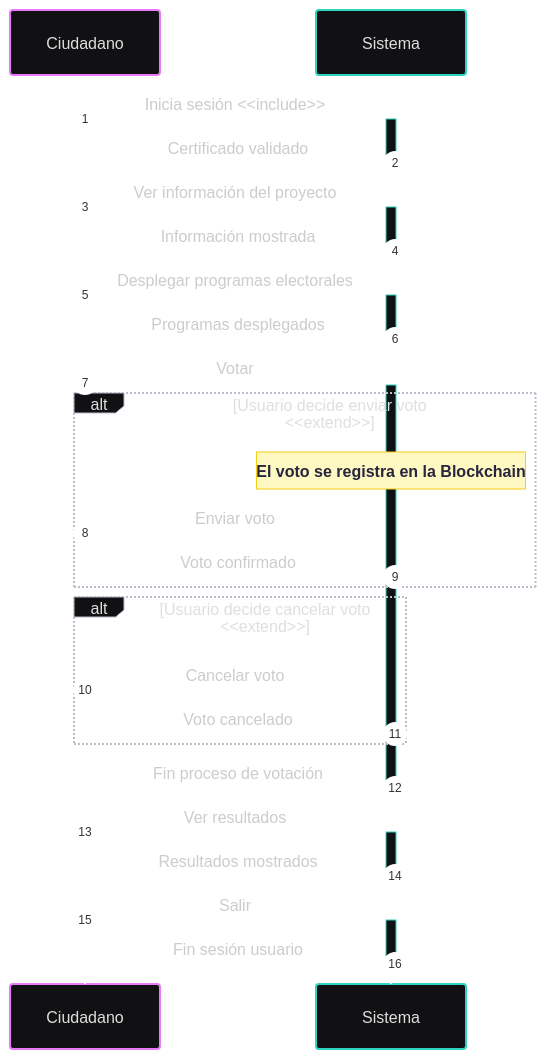
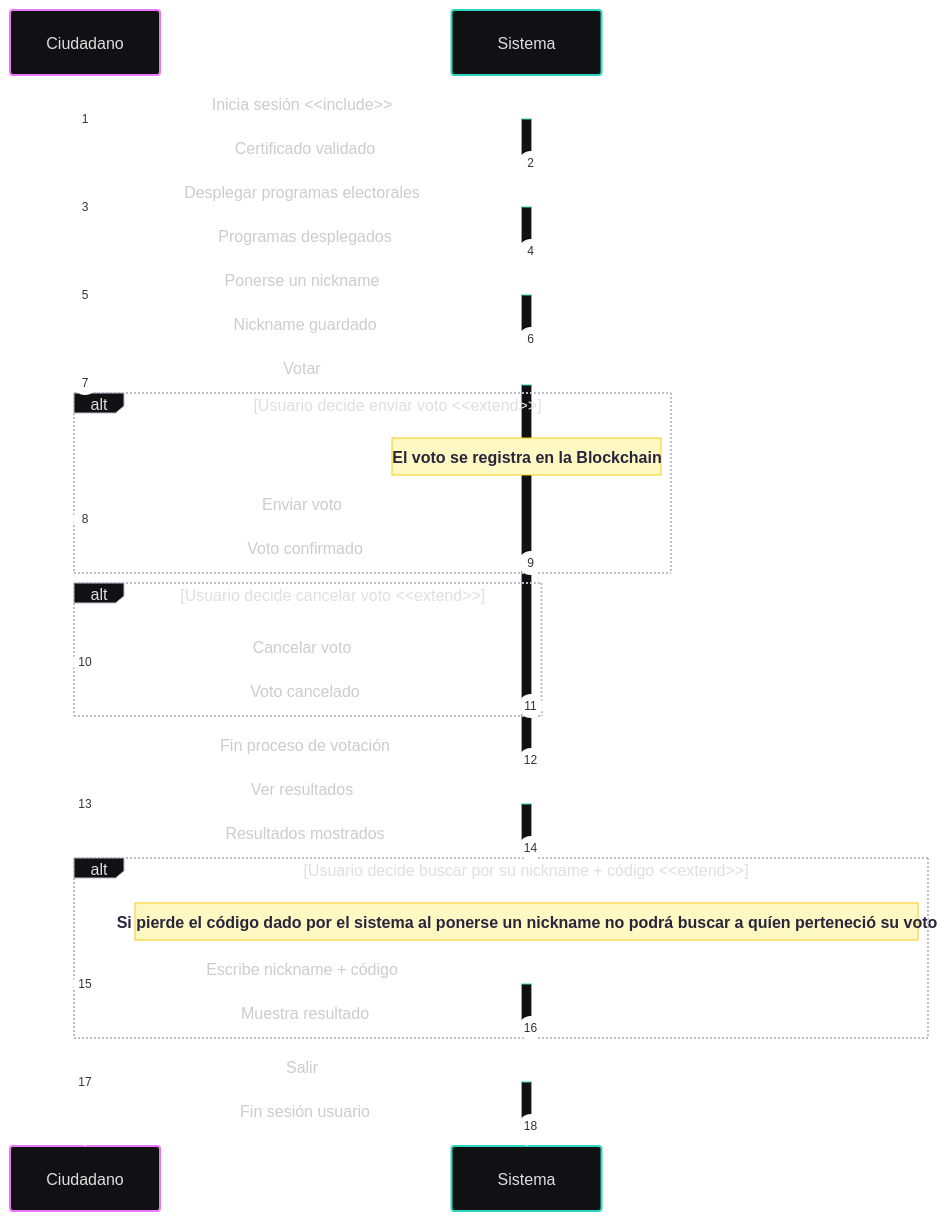
One commit to OnyxVariables/AGORA changed the second of 3 diagrams in docs/Diagrama_Sequencia.md. Above: the diagram before and after it, drawn with Mermaid. The commit also changed other lines of this file and 2 other files, not shown here.

Commit message:
Add two use of case (Poner nickname y buscar voto) and update the others diagrams

````diff
--- a/docs/Diagrama_Sequencia.md
+++ b/docs/Diagrama_Sequencia.md
@@ -122,38 +129,45 @@
 ```mermaid
 ---
 config:
   theme: redux-dark-color
 ---
 sequenceDiagram
     autonumber
 
     %% Flujo Ciudadano
     Ciudadano->>+Sistema: Inicia sesión <<include>>
     Sistema-->>-Ciudadano: Certificado validado
 
-    Ciudadano->>+Sistema: Ver información del proyecto
-    Sistema-->>-Ciudadano: Información mostrada
-
     Ciudadano->>+Sistema: Desplegar programas electorales
     Sistema-->>-Ciudadano: Programas desplegados
+
+    Ciudadano->>+Sistema: Ponerse un nickname
+    Sistema-->>-Ciudadano: Nickname guardado
 
     Ciudadano->>+Sistema: Votar
 
     alt Usuario decide enviar voto <<extend>>
         Note over Sistema: El voto se registra en la Blockchain
         Ciudadano->>Sistema: Enviar voto
         Sistema-->>Ciudadano: Voto confirmado
     end
 
     alt Usuario decide cancelar voto <<extend>>
         Ciudadano->>Sistema: Cancelar voto
         Sistema-->>Ciudadano: Voto cancelado
     end
 
     Sistema-->>-Ciudadano: Fin proceso de votación
 
     Ciudadano->>+Sistema: Ver resultados
     Sistema-->>-Ciudadano: Resultados mostrados
+
+    alt Usuario decide buscar por su nickname + código <<extend>>
+        Note over Sistema: Si pierde el código dado por el sistema al ponerse un nickname no podrá buscar a quíen perteneció su voto
+        Ciudadano->>+Sistema: Escribe nickname + código
+        Sistema-->>-Ciudadano: Muestra resultado
+    end
+
     Ciudadano->>+Sistema: Salir
     Sistema-->>-Ciudadano: Fin sesión usuario
 ```
````
